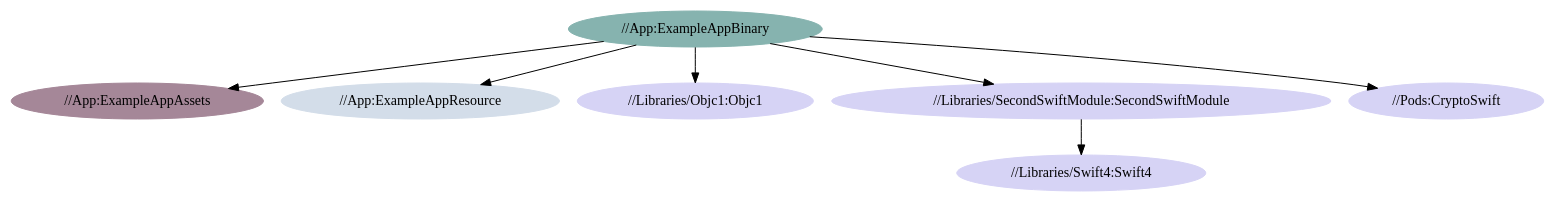
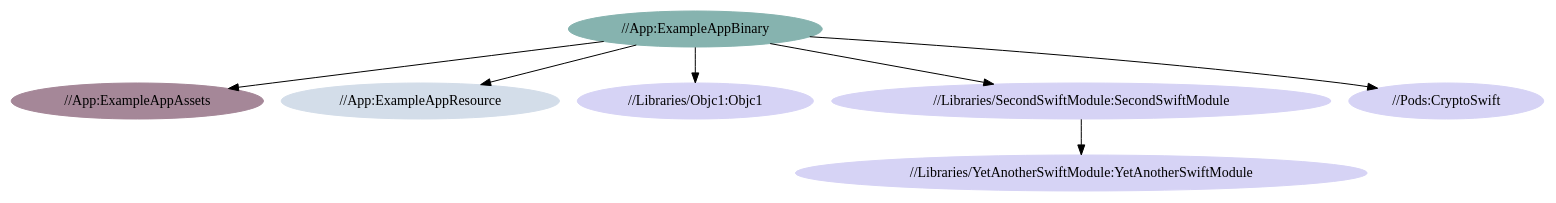
The diagram in Docs/Dependencies.dot (airbnb/BuckSample), drawn with Graphviz before and after one commit. The commit also changed 10 other files, not shown here.

Commit message:
Swift4 -> YetAnotherSwiftModule

```diff
--- a/Docs/Dependencies.dot
+++ b/Docs/Dependencies.dot
@@ -1,15 +1,15 @@
 digraph result_graph {
   "//App:ExampleAppAssets" [style=filled,color="#A58798"];
   "//App:ExampleAppBinary" -> "//App:ExampleAppAssets";
   "//App:ExampleAppBinary" -> "//App:ExampleAppResource";
   "//App:ExampleAppBinary" -> "//Libraries/Objc1:Objc1";
   "//App:ExampleAppBinary" -> "//Libraries/SecondSwiftModule:SecondSwiftModule";
   "//App:ExampleAppBinary" -> "//Pods:CryptoSwift";
   "//App:ExampleAppBinary" [style=filled,color="#86B3AF"];
   "//App:ExampleAppResource" [style=filled,color="#D3DDE9"];
   "//Libraries/Objc1:Objc1" [style=filled,color="#D6D3F5"];
-  "//Libraries/SecondSwiftModule:SecondSwiftModule" -> "//Libraries/Swift4:Swift4";
+  "//Libraries/SecondSwiftModule:SecondSwiftModule" -> "//Libraries/YetAnotherSwiftModule:YetAnotherSwiftModule";
   "//Libraries/SecondSwiftModule:SecondSwiftModule" [style=filled,color="#D6D3F5"];
-  "//Libraries/Swift4:Swift4" [style=filled,color="#D6D3F5"];
+  "//Libraries/YetAnotherSwiftModule:YetAnotherSwiftModule" [style=filled,color="#D6D3F5"];
   "//Pods:CryptoSwift" [style=filled,color="#D6D3F5"];
 }
```
